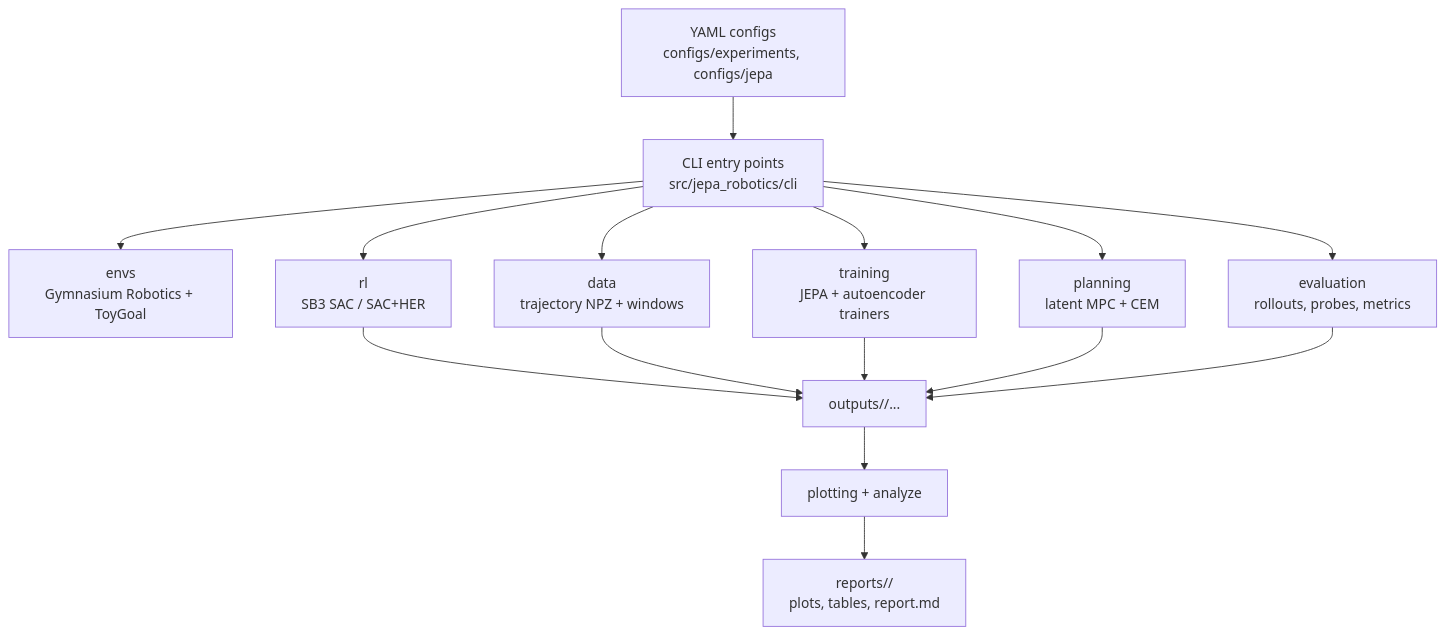
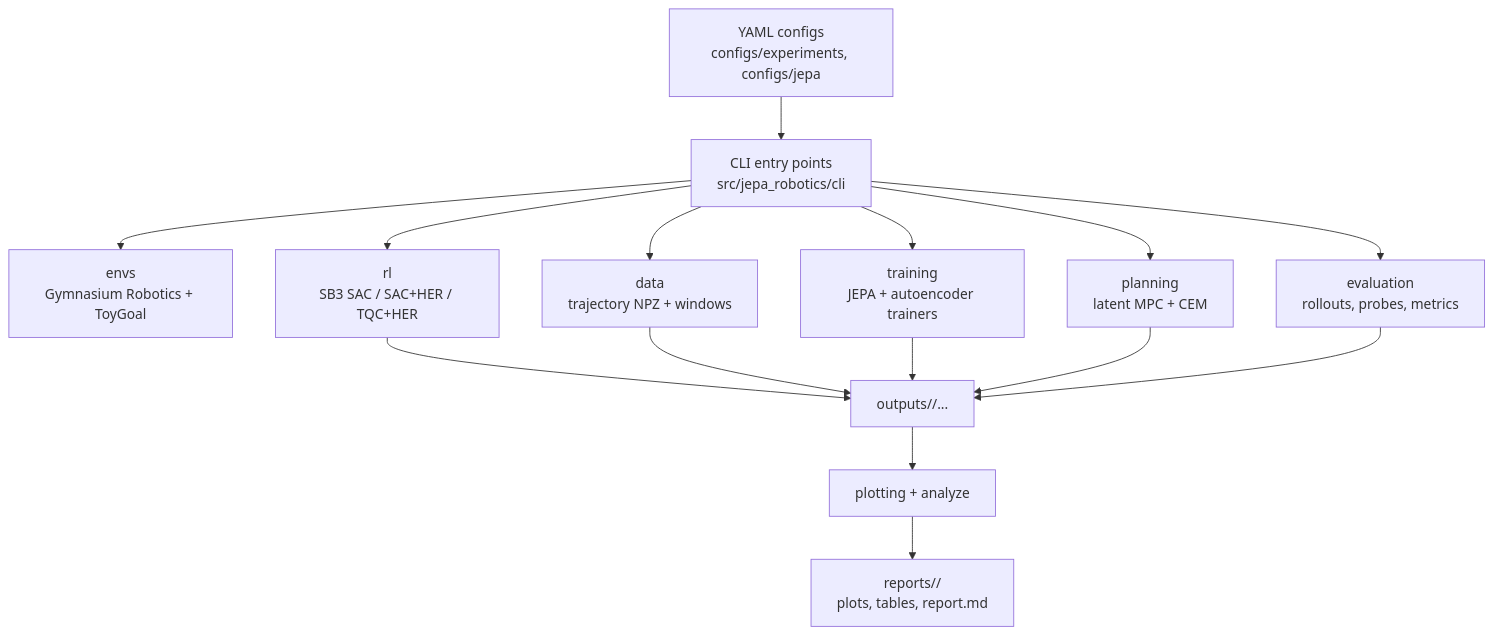
One commit to gustavorubim/jepa-benchmark changed the first of 9 diagrams in README.md. Above: the diagram before and after it, drawn with Mermaid. The commit also changed other lines of this file and 14 other files, not shown here.

````diff
--- a/README.md
+++ b/README.md
@@ -51,17 +51,17 @@
 ```mermaid
 flowchart TD
     Configs["YAML configs\nconfigs/experiments, configs/jepa"] --> CLI["CLI entry points\nsrc/jepa_robotics/cli"]
     CLI --> Env["envs\nGymnasium Robotics + ToyGoal"]
-    CLI --> RL["rl\nSB3 SAC / SAC+HER"]
+    CLI --> RL["rl\nSB3 SAC / SAC+HER / TQC+HER"]
     CLI --> Data["data\ntrajectory NPZ + windows"]
     CLI --> Train["training\nJEPA + autoencoder trainers"]
     CLI --> Eval["evaluation\nrollouts, probes, metrics"]
     CLI --> Plan["planning\nlatent MPC + CEM"]
     RL --> Outputs["outputs/<experiment>/..."]
     Data --> Outputs
     Train --> Outputs
     Plan --> Outputs
     Eval --> Outputs
     Outputs --> Plot["plotting + analyze"]
     Plot --> Reports["reports/<experiment>/\nplots, tables, report.md"]
 ```
````
